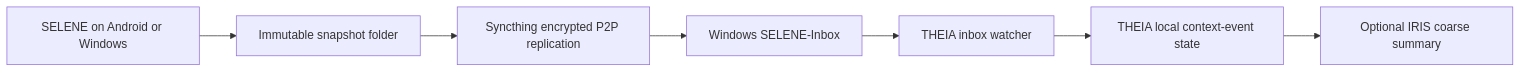
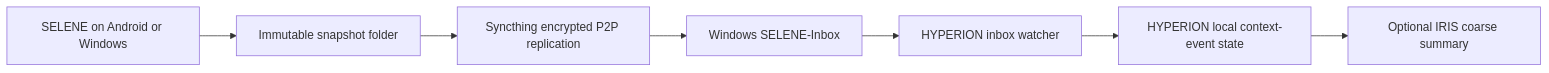
One commit to bakahuiii/HYPERION changed the diagram in docs/SELENE_P2P_SYNC.md. Above: the diagram before and after it, drawn with Mermaid. The commit also changed other lines of this file and 125 other files, not shown here.

````diff
--- a/docs/SELENE_P2P_SYNC.md
+++ b/docs/SELENE_P2P_SYNC.md
@@ -11,9 +11,9 @@
 ```mermaid
 flowchart LR
   A["SELENE on Android or Windows"] --> B["Immutable snapshot folder"]
   B --> C["Syncthing encrypted P2P replication"]
   C --> D["Windows SELENE-Inbox"]
-  D --> E["THEIA inbox watcher"]
-  E --> F["THEIA local context-event state"]
+  D --> E["HYPERION inbox watcher"]
+  E --> F["HYPERION local context-event state"]
   F --> G["Optional IRIS coarse summary"]
 ```
````
